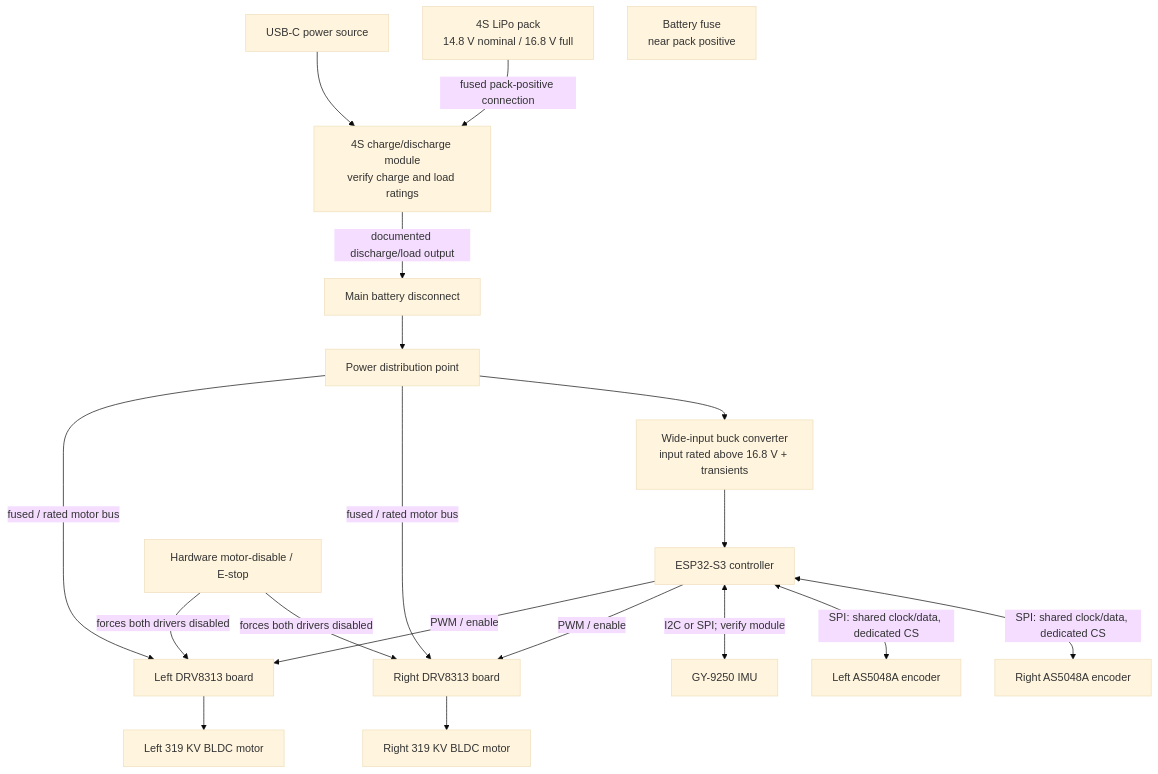
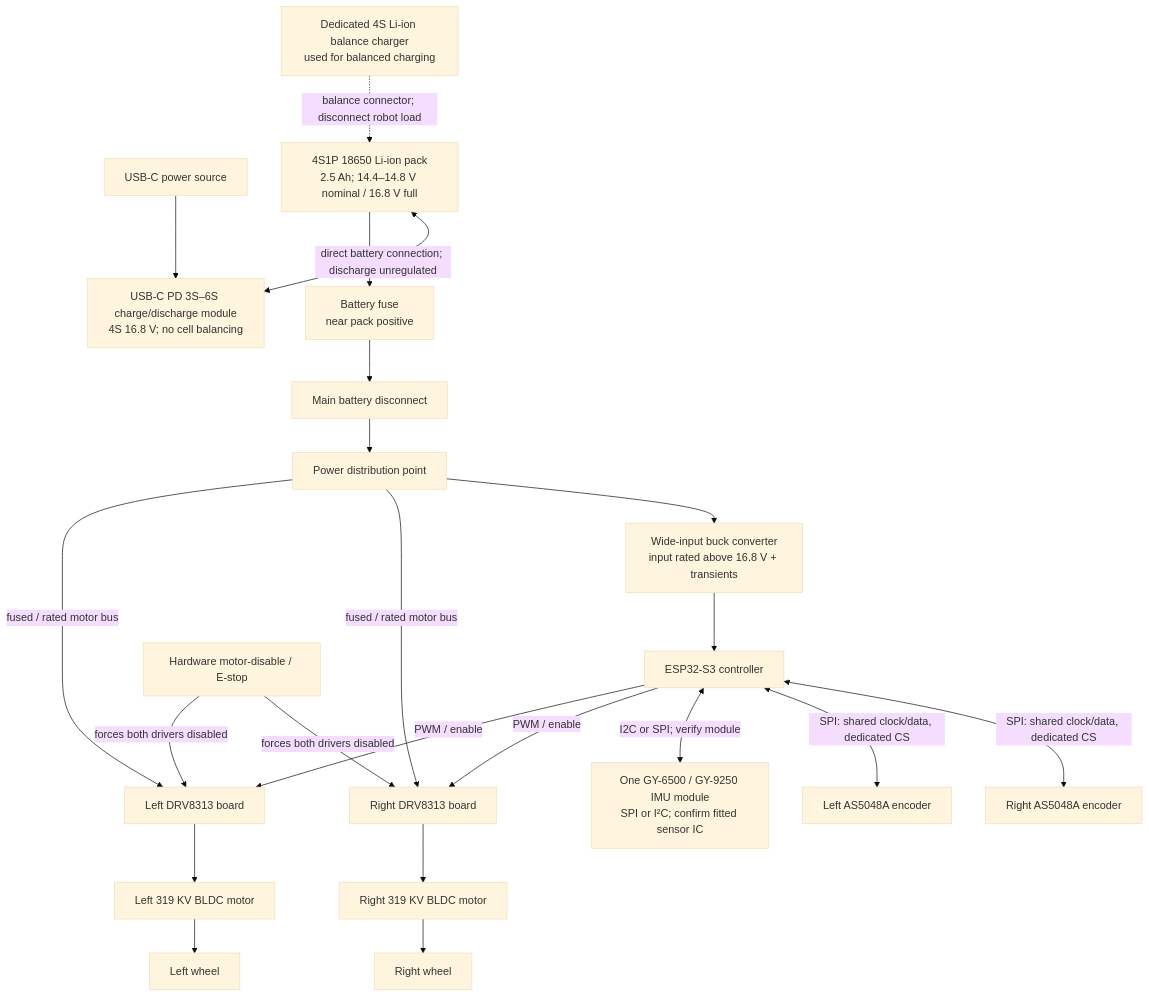
Before and after one commit to Shiver999/balancing-robot: the diagram in docs/hardware/architecture.md, drawn with Mermaid (base theme). The commit also changed other lines of this file and 30 other files, not shown here.

````diff
--- a/docs/hardware/architecture.md
+++ b/docs/hardware/architecture.md
@@ -7,32 +7,36 @@
 ```mermaid
 flowchart TB
     USB[USB-C power source]
-    MODULE[4S charge/discharge module\nverify charge and load ratings]
-    BAT[4S LiPo pack\n14.8 V nominal / 16.8 V full]
+    MODULE[USB-C PD 3S–6S charge/discharge module\n4S 16.8 V; no cell balancing]
+    BALCHG[Dedicated 4S Li-ion balance charger\nused for balanced charging]
+    BAT[4S1P 18650 Li-ion pack\n2.5 Ah; 14.4–14.8 V nominal / 16.8 V full]
     FUSE[Battery fuse\nnear pack positive]
     DISC[Main battery disconnect]
     DIST[Power distribution point]
     DRVL[Left DRV8313 board]
     DRVR[Right DRV8313 board]
     ML[Left 319 KV BLDC motor]
     MR[Right 319 KV BLDC motor]
+    WL[Left wheel]
+    WR[Right wheel]
     BUCK[Wide-input buck converter\ninput rated above 16.8 V + transients]
     MCU[ESP32-S3 controller]
-    IMU[GY-9250 IMU]
+    IMU[One GY-6500 / GY-9250 IMU module\nSPI or I²C; confirm fitted sensor IC]
     ENCL[Left AS5048A encoder]
     ENCR[Right AS5048A encoder]
     ESTOP[Hardware motor-disable / E-stop]
     USB --> MODULE
-    BAT -->|fused pack-positive connection| MODULE
-    MODULE -->|documented discharge/load output| DISC --> DIST
-    DIST -->|fused / rated motor bus| DRVL --> ML
-    DIST -->|fused / rated motor bus| DRVR --> MR
+    BAT --> FUSE --> DISC --> DIST
+    BAT <-->|direct battery connection; discharge unregulated| MODULE
+    BALCHG -.->|balance connector; disconnect robot load| BAT
+    DIST -->|fused / rated motor bus| DRVL --> ML --> WL
+    DIST -->|fused / rated motor bus| DRVR --> MR --> WR
     DIST --> BUCK --> MCU
     MCU -->|PWM / enable| DRVL
     MCU -->|PWM / enable| DRVR
     ESTOP -->|forces both drivers disabled| DRVL
     ESTOP -->|forces both drivers disabled| DRVR
     MCU <-->|I2C or SPI; verify module| IMU
     MCU <-->|SPI: shared clock/data, dedicated CS| ENCL
     MCU <-->|SPI: shared clock/data, dedicated CS| ENCR
 ```
````
